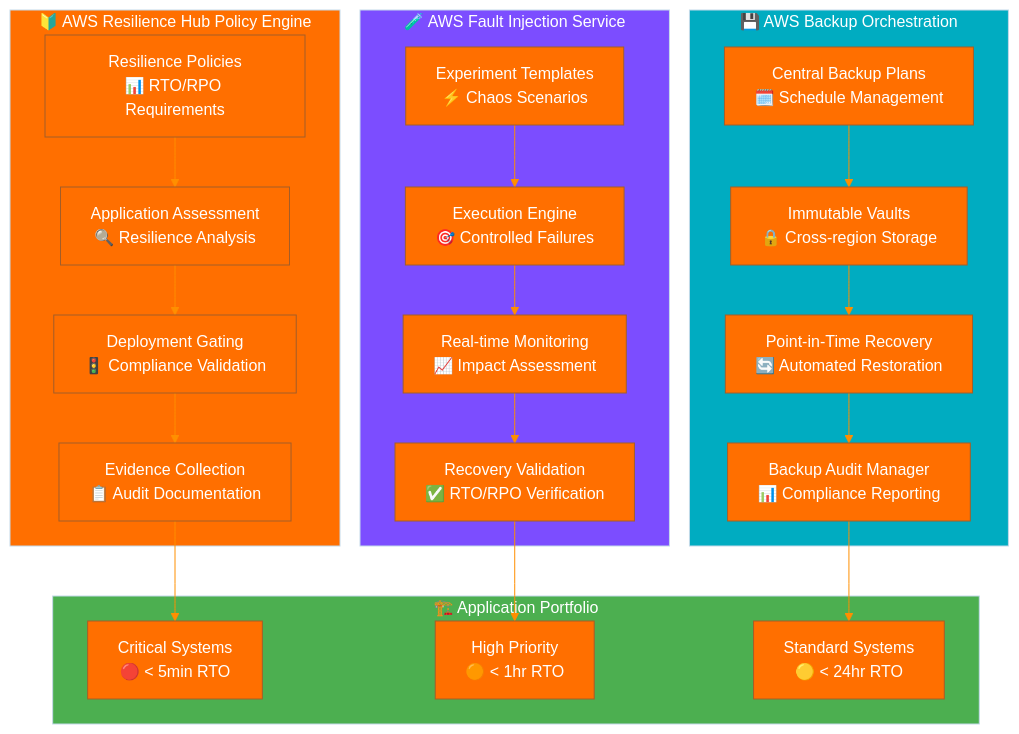
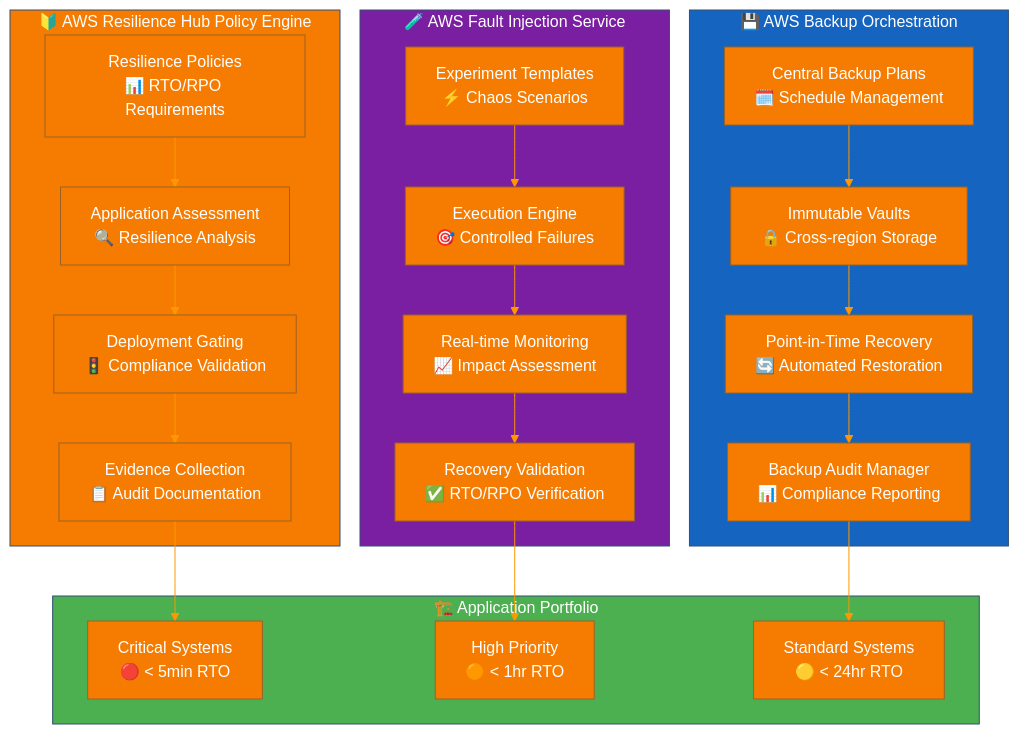
One commit to Hack23/ISMS-PUBLIC changed the diagram in Disaster_Recovery_Plan.md. Above: the diagram before and after it, drawn with Mermaid. The commit also changed other lines of this file and 35 other files, not shown here.

````diff
--- a/Disaster_Recovery_Plan.md
+++ b/Disaster_Recovery_Plan.md
@@ -42,62 +42,62 @@
 ```mermaid
 %%{
   init: {
     'theme': 'base',
     'themeVariables': {
-      'primaryColor': '#ff6f00',
+      'primaryColor': '#F57C00',
       'primaryTextColor': '#ffffff',
-      'lineColor': '#ff8f00',
-      'secondaryColor': '#e8f5e9',
-      'tertiaryColor': '#e3f2fd'
+      'lineColor': '#FF9800',
+      'secondaryColor': '#4CAF50',
+      'tertiaryColor': '#1565C0'
     }
   }
 }%%
 graph TD
     subgraph RESILIENCE["🔰 AWS Resilience Hub Policy Engine"]
         POLICY[Resilience Policies<br/>📊 RTO/RPO Requirements]
         ASSESS[Application Assessment<br/>🔍 Resilience Analysis]
         GATE[Deployment Gating<br/>🚦 Compliance Validation]
         EVIDENCE[Evidence Collection<br/>📋 Audit Documentation]
     end
     
     subgraph CHAOS["🧪 AWS Fault Injection Service"]
         EXPERIMENT[Experiment Templates<br/>⚡ Chaos Scenarios]
         EXECUTE[Execution Engine<br/>🎯 Controlled Failures]
         MONITOR[Real-time Monitoring<br/>📈 Impact Assessment]
         VALIDATE[Recovery Validation<br/>✅ RTO/RPO Verification]
     end
     
     subgraph BACKUP["💾 AWS Backup Orchestration"]
         PLAN[Central Backup Plans<br/>🗓️ Schedule Management]
         VAULT[Immutable Vaults<br/>🔒 Cross-region Storage]
         RESTORE[Point-in-Time Recovery<br/>🔄 Automated Restoration]
         AUDIT[Backup Audit Manager<br/>📊 Compliance Reporting]
     end
     
     subgraph APPLICATIONS["🏗️ Application Portfolio"]
         CRITICAL[Critical Systems<br/>🔴 < 5min RTO]
         HIGH[High Priority<br/>🟠 < 1hr RTO]
         STANDARD[Standard Systems<br/>🟡 < 24hr RTO]
     end
     
     POLICY --> ASSESS
     ASSESS --> GATE
     GATE --> EVIDENCE
     
     EXPERIMENT --> EXECUTE
     EXECUTE --> MONITOR
     MONITOR --> VALIDATE
     
     PLAN --> VAULT
     VAULT --> RESTORE
     RESTORE --> AUDIT
     
     EVIDENCE --> CRITICAL
     VALIDATE --> HIGH
     AUDIT --> STANDARD
     
-    style RESILIENCE fill:#ff6f00,color:#fff
-    style CHAOS fill:#7c4dff,color:#fff
-    style BACKUP fill:#00acc1,color:#fff
+    style RESILIENCE fill:#F57C00,color:#fff
+    style CHAOS fill:#7B1FA2,color:#fff
+    style BACKUP fill:#1565C0,color:#fff
     style APPLICATIONS fill:#4caf50,color:#fff
 ```
````
